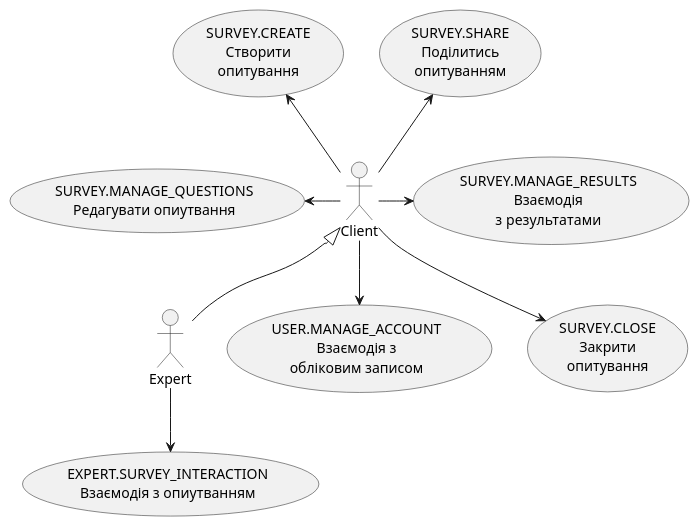
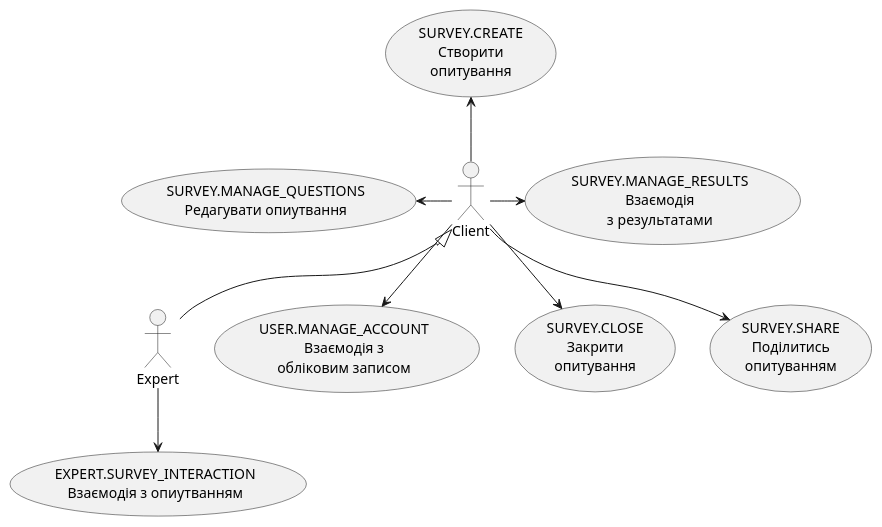
Before and after one commit to xastia/edu_db_labs_group1: the first of 15 diagrams in docs/use cases/README.md, drawn with PlantUML.

Commit message:
edit use-cases, corrected mistakes in use-case arrows

```diff
--- a/docs/use cases/README.md
+++ b/docs/use cases/README.md
@@ -12,24 +12,24 @@
 @startuml
 
     actor Expert
     actor Client
   
     usecase "USER.MANAGE_ACCOUNT\nВзаємодія з\nобліковим записом" as UInteraction
     usecase "SURVEY.CREATE\nСтворити\nопитування" as SCreate
     usecase "SURVEY.CLOSE\nЗакрити\nопитування" as SClose
     usecase "SURVEY.MANAGE_QUESTIONS\nРедагувати опиутвання" as SEdit
     usecase "EXPERT.SURVEY_INTERACTION\nВзаємодія з опиутванням" as EInteraction
     usecase "SURVEY.SHARE\nПоділитись\nопитуванням" as SShare
     usecase "SURVEY.MANAGE_RESULTS\nВзаємодія\nз результатами" as SResults
  
   
       Expert -u-|> Client
       Expert -d-> EInteraction
       Client -d->UInteraction
       Client -l->SEdit
-      Client -u->SShare
+      Client -d->SShare
       Client -r->SResults
       Client -d->SClose
       Client -u->SCreate
       
 @enduml
```
